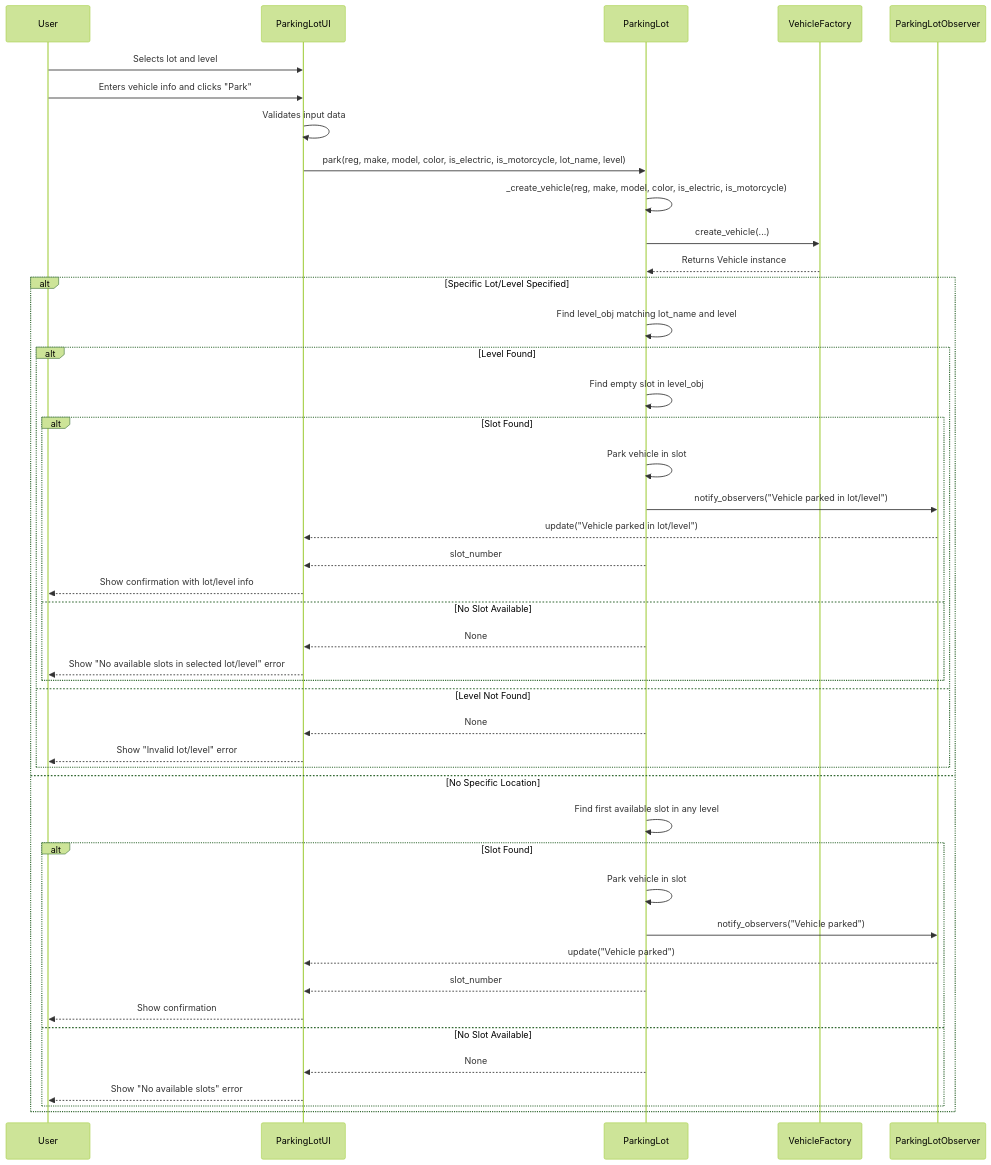
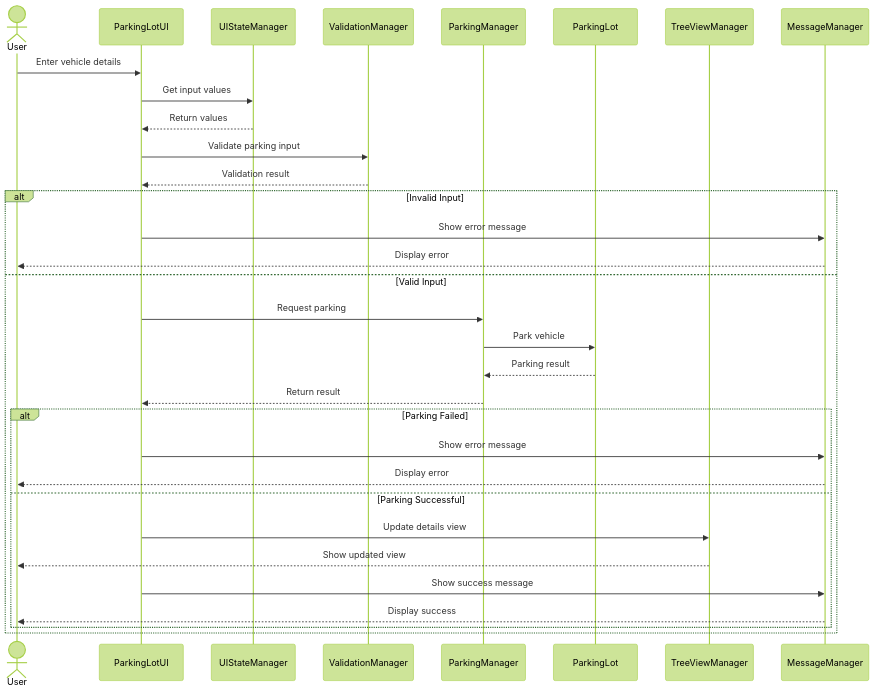
Before and after one commit to sethmcknight/quantic-msse-easy-park-plus: the diagram in src/implemented-diagrams/park-car-sequence.mmd, drawn with Mermaid (forest theme). The commit also changed 4 other files, not shown here.

```diff
--- a/src/implemented-diagrams/park-car-sequence.mmd
+++ b/src/implemented-diagrams/park-car-sequence.mmd
@@ -1,48 +1,35 @@
 sequenceDiagram
-    participant User
+    actor User
     participant UI as ParkingLotUI
-    participant PL as ParkingLot
-    participant Factory as VehicleFactory
-    participant Observer as ParkingLotObserver
+    participant State as UIStateManager
+    participant Valid as ValidationManager
+    participant Park as ParkingManager
+    participant Lot as ParkingLot
+    participant Tree as TreeViewManager
+    participant Msg as MessageManager
 
-    User->>UI: Selects lot and level
-    User->>UI: Enters vehicle info and clicks "Park"
-    UI->>UI: Validates input data
+    User->>UI: Enter vehicle details
+    UI->>State: Get input values
+    State-->>UI: Return values
+    UI->>Valid: Validate parking input
+    Valid-->>UI: Validation result
     
-    UI->>PL: park(reg, make, model, color, is_electric, is_motorcycle, lot_name, level)
-    
-    PL->>PL: _create_vehicle(reg, make, model, color, is_electric, is_motorcycle)
-    PL->>Factory: create_vehicle(...)
-    Factory-->>PL: Returns Vehicle instance
-    
-    alt Specific Lot/Level Specified
-        PL->>PL: Find level_obj matching lot_name and level
-        alt Level Found
-            PL->>PL: Find empty slot in level_obj
-            alt Slot Found
-                PL->>PL: Park vehicle in slot
-                PL->>Observer: notify_observers("Vehicle parked in lot/level")
-                Observer-->>UI: update("Vehicle parked in lot/level")
-                PL-->>UI: slot_number
-                UI-->>User: Show confirmation with lot/level info
-            else No Slot Available
-                PL-->>UI: None
-                UI-->>User: Show "No available slots in selected lot/level" error
-            end
-        else Level Not Found
-            PL-->>UI: None
-            UI-->>User: Show "Invalid lot/level" error
-        end
-    else No Specific Location
-        PL->>PL: Find first available slot in any level
-        alt Slot Found
-            PL->>PL: Park vehicle in slot
-            PL->>Observer: notify_observers("Vehicle parked")
-            Observer-->>UI: update("Vehicle parked")
-            PL-->>UI: slot_number
-            UI-->>User: Show confirmation
-        else No Slot Available
-            PL-->>UI: None
-            UI-->>User: Show "No available slots" error
+    alt Invalid Input
+        UI->>Msg: Show error message
+        Msg-->>User: Display error
+    else Valid Input
+        UI->>Park: Request parking
+        Park->>Lot: Park vehicle
+        Lot-->>Park: Parking result
+        Park-->>UI: Return result
+        
+        alt Parking Failed
+            UI->>Msg: Show error message
+            Msg-->>User: Display error
+        else Parking Successful
+            UI->>Tree: Update details view
+            Tree-->>User: Show updated view
+            UI->>Msg: Show success message
+            Msg-->>User: Display success
         end
     end 
```
